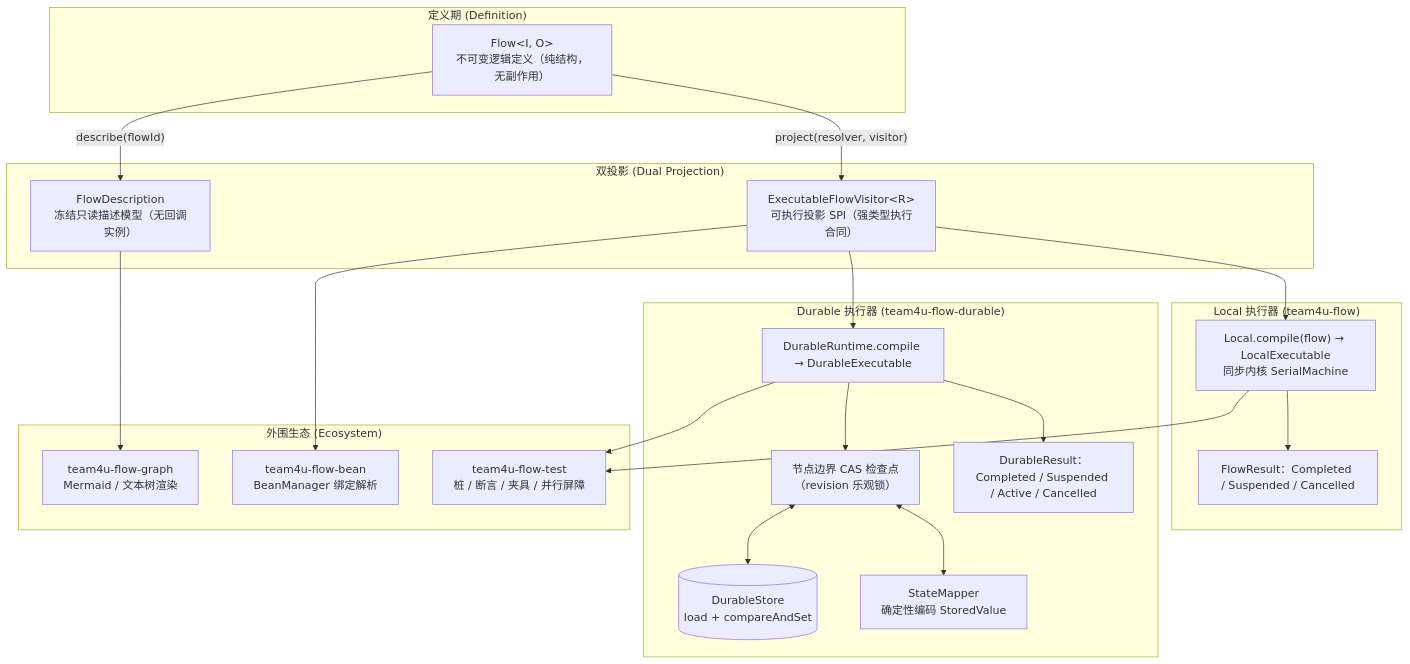
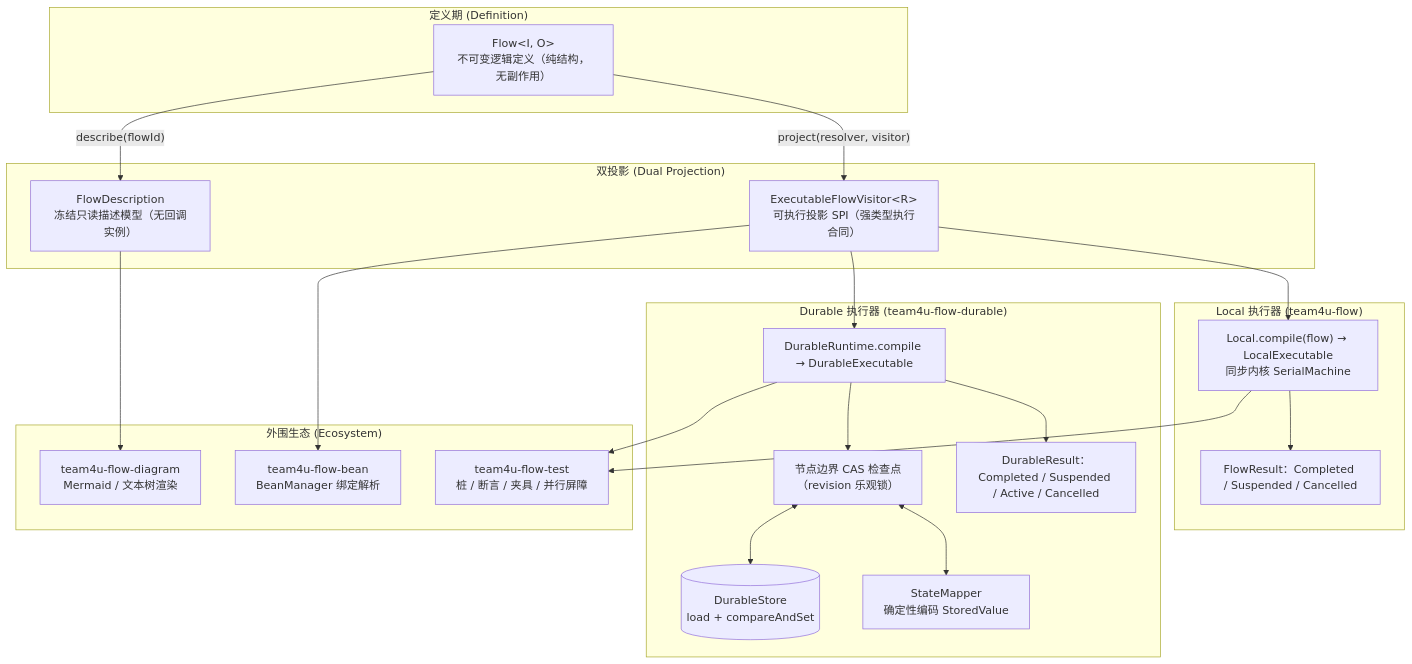
One commit to team4u/team4u-framework changed the diagram in docs/flow/README.md. Above: the diagram before and after it, drawn with Mermaid. The commit also changed other lines of this file and 17 other files, not shown here.

Commit message:
refactor(flow): rename team4u-flow-graph to team4u-flow-diagram

````diff
--- a/docs/flow/README.md
+++ b/docs/flow/README.md
@@ -23,28 +23,28 @@
 ```mermaid
 graph TD
     subgraph "定义期 (Definition)"
         D["Flow&lt;I, O&gt;<br/>不可变逻辑定义（纯结构，无副作用）"]
     end
 
     subgraph "双投影 (Dual Projection)"
         D -->|"describe(flowId)"| PD["FlowDescription<br/>冻结只读描述模型（无回调实例）"]
         D -->|"project(resolver, visitor)"| PE["ExecutableFlowVisitor&lt;R&gt;<br/>可执行投影 SPI（强类型执行合同）"]
     end
     subgraph "Local 执行器 (team4u-flow)"
         PE --> L["Local.compile(flow) → LocalExecutable<br/>同步内核 SerialMachine"]
         L --> LR["FlowResult：Completed / Suspended / Cancelled"]
     end
     subgraph "Durable 执行器 (team4u-flow-durable)"
         PE --> DR["DurableRuntime.compile → DurableExecutable"]
         DR --> CK["节点边界 CAS 检查点<br/>（revision 乐观锁）"]
         CK <--> DS[("DurableStore<br/>load + compareAndSet")]
         CK <--> SM["StateMapper<br/>确定性编码 StoredValue"]
         DR --> DRR["DurableResult：Completed / Suspended / Active / Cancelled"]
     end
     subgraph "外围生态 (Ecosystem)"
-        PD --> FG["team4u-flow-graph<br/>Mermaid / 文本树渲染"]
+        PD --> FG["team4u-flow-diagram<br/>Mermaid / 文本树渲染"]
         PE --> FB["team4u-flow-bean<br/>BeanManager 绑定解析"]
         L --> FT["team4u-flow-test<br/>桩 / 断言 / 夹具 / 并行屏障"]
         DR --> FT
     end
 ```
````
